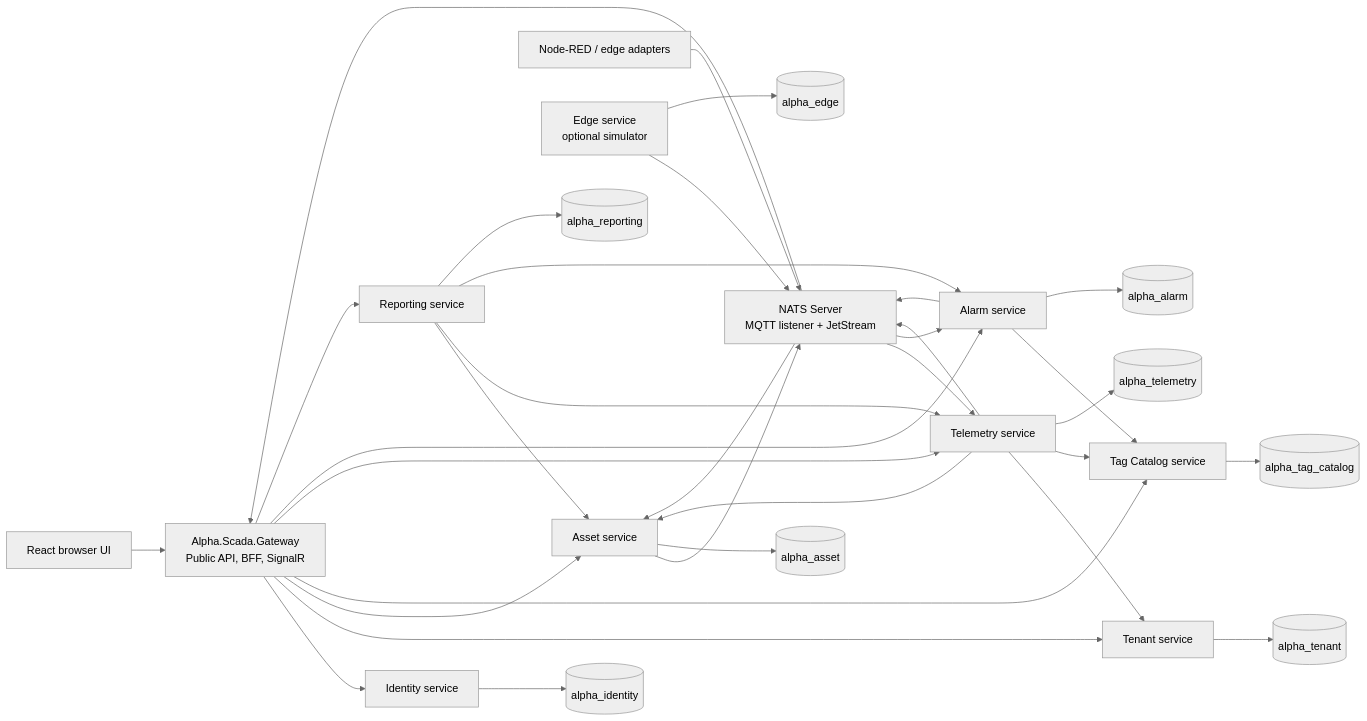
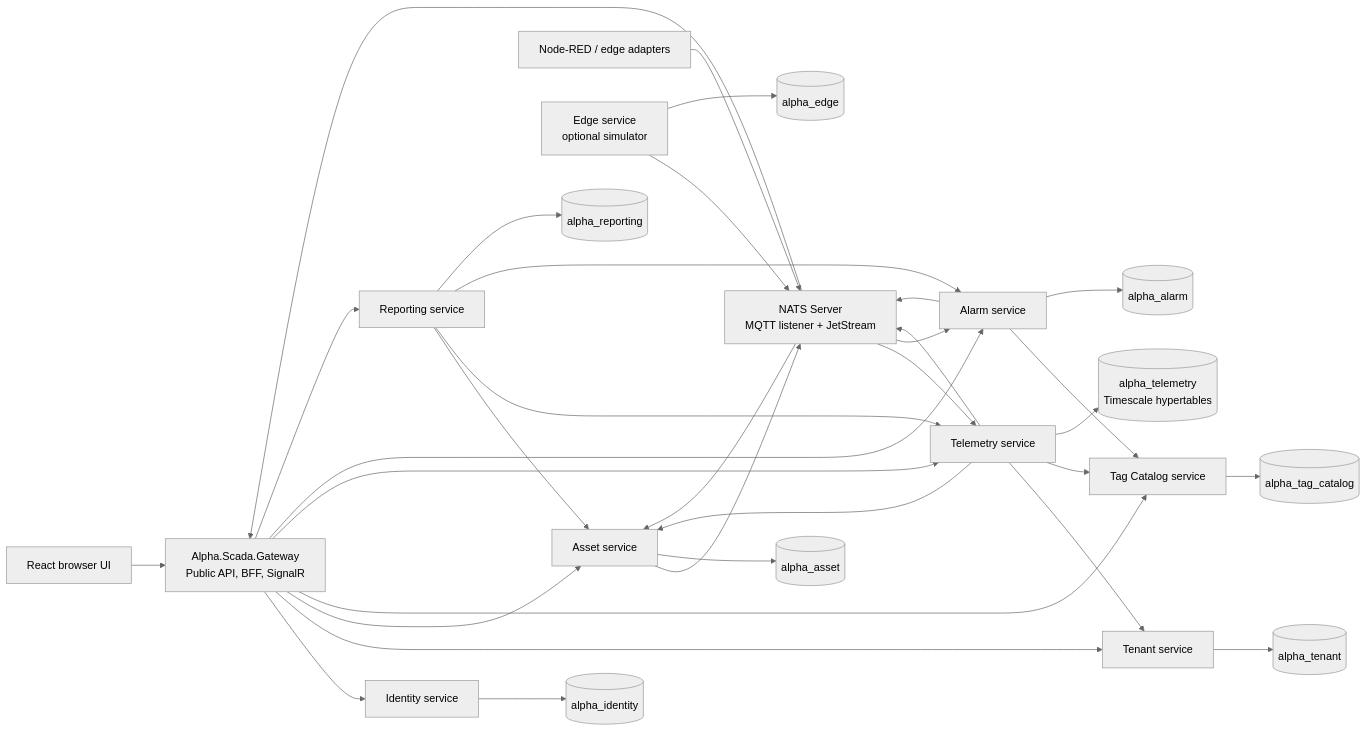
The first of 4 diagrams in docs/system-overview.md (dhalavach/alpha-scada), drawn with Mermaid (neutral theme) before and after one commit. The commit also changed other lines of this file and 22 other files, not shown here.

Commit message:
Add TimescaleDB telemetry historian

````diff
--- a/docs/system-overview.md
+++ b/docs/system-overview.md
@@ -29,41 +29,41 @@
 ```mermaid
 flowchart LR
     Browser["React browser UI"] --> Gateway["Alpha.Scada.Gateway<br/>Public API, BFF, SignalR"]
 
     Gateway --> Identity["Identity service"]
     Gateway --> Tenant["Tenant service"]
     Gateway --> Asset["Asset service"]
     Gateway --> TagCatalog["Tag Catalog service"]
     Gateway --> Telemetry["Telemetry service"]
     Gateway --> Alarm["Alarm service"]
     Gateway --> Reporting["Reporting service"]
 
     NodeRED["Node-RED / edge adapters"] --> Nats["NATS Server<br/>MQTT listener + JetStream"]
     Edge["Edge service<br/>optional simulator"] --> Nats
 
     Nats --> Telemetry
     Telemetry --> Nats
     Nats --> Asset
     Nats --> Alarm
     Nats --> Gateway
 
     Telemetry --> Tenant
     Telemetry --> Asset
     Telemetry --> TagCatalog
     Alarm --> TagCatalog
     Asset --> Nats
     Alarm --> Nats
 
     Reporting --> Asset
     Reporting --> Telemetry
     Reporting --> Alarm
 
     Identity --> DbIdentity[("alpha_identity")]
     Tenant --> DbTenant[("alpha_tenant")]
     Asset --> DbAsset[("alpha_asset")]
     TagCatalog --> DbTags[("alpha_tag_catalog")]
     Edge --> DbEdge[("alpha_edge")]
-    Telemetry --> DbTelemetry[("alpha_telemetry")]
+    Telemetry --> DbTelemetry[("alpha_telemetry<br/>Timescale hypertables")]
     Alarm --> DbAlarm[("alpha_alarm")]
     Reporting --> DbReporting[("alpha_reporting")]
 ```
````
